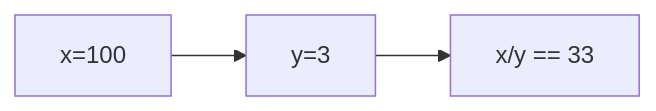
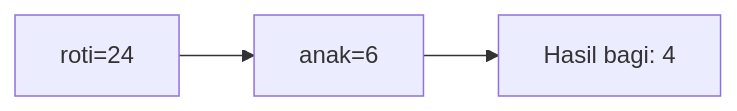
One commit to amnahwaida/OSNK_INF_PREP changed diagram 12 of 25 in part-c-pemahaman-cpp/01-tipe-data/latihan/set-11.md. Above: the diagram before and after it, drawn with Mermaid. The commit also changed other lines of this file and 71 other files, not shown here.

````diff
--- a/part-c-pemahaman-cpp/01-tipe-data/latihan/set-11.md
+++ b/part-c-pemahaman-cpp/01-tipe-data/latihan/set-11.md
@@ -295,5 +336,5 @@
 ```mermaid
 graph LR
-A["x=100"] --> B["y=3"]
-B --> C["x/y == 33"]
+A["roti=24"] --> B["anak=6"]
+B --> C["Hasil bagi: 4"]
 ```
````
